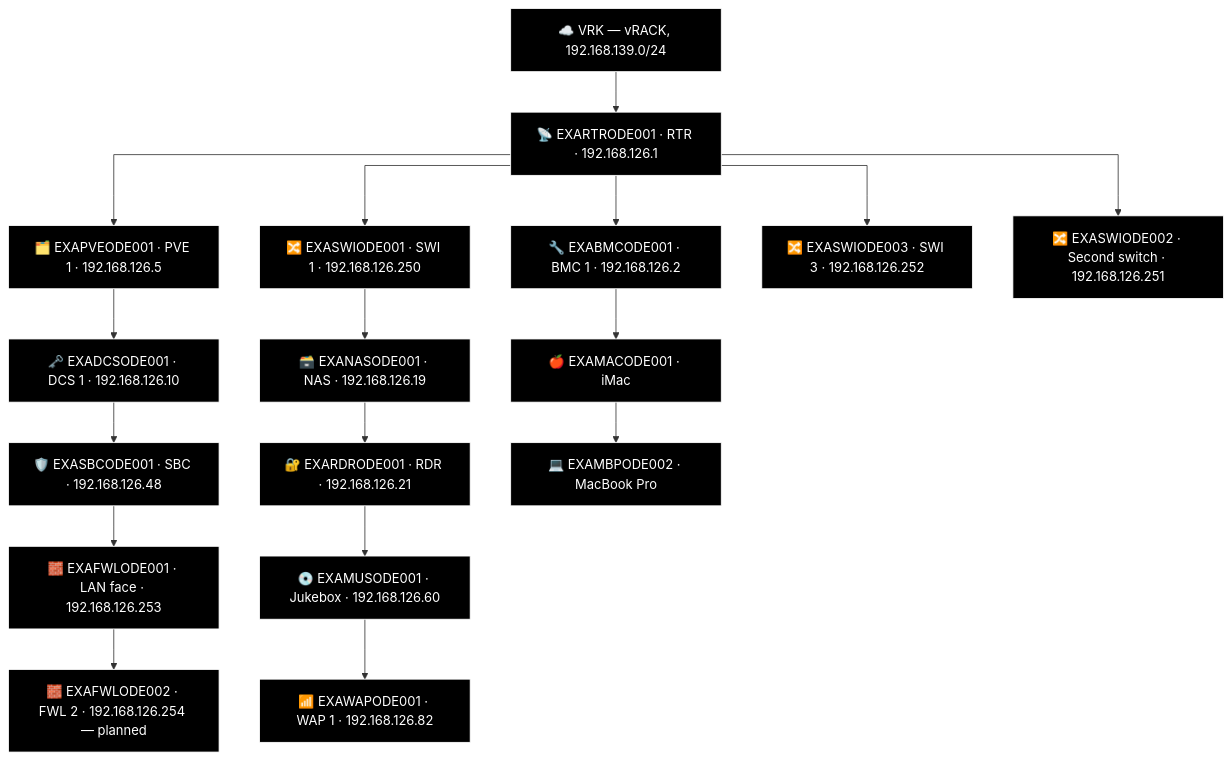
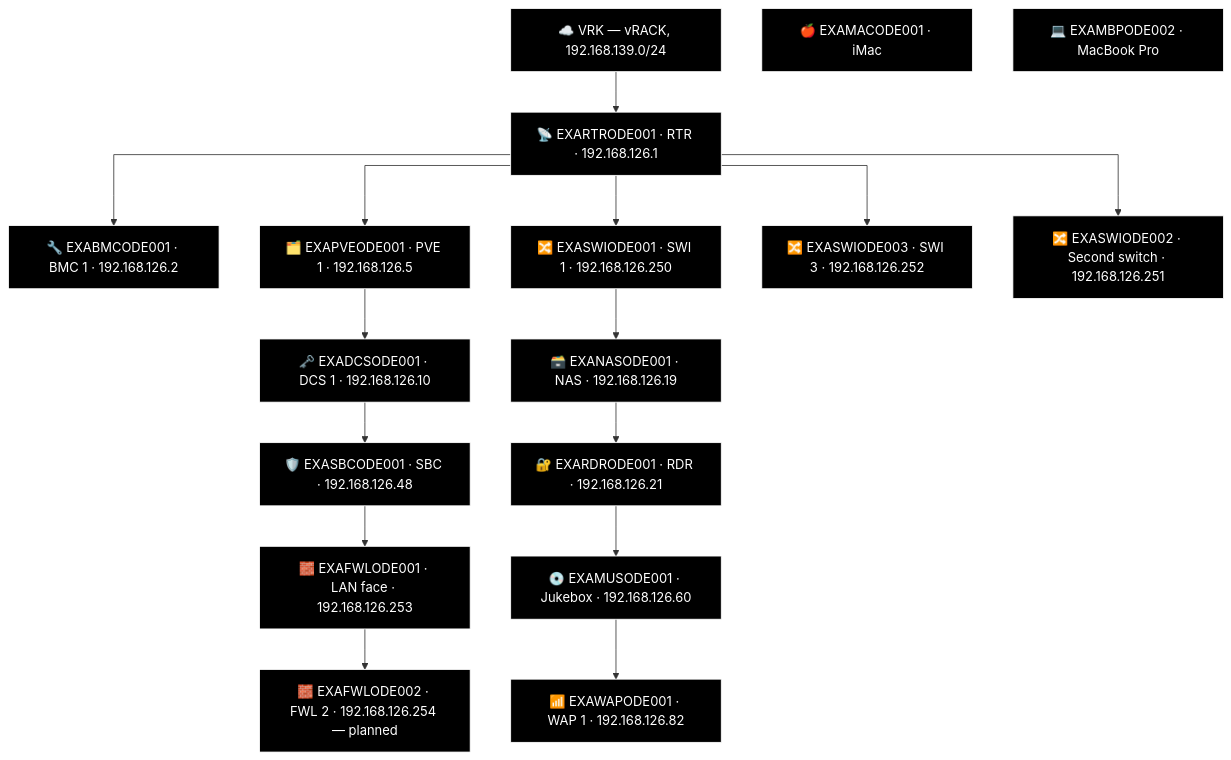
The fourth of 18 diagrams in docs/network-diagram/danmark.md (knightmare2600/example_music_infra), drawn with Mermaid before and after one commit. The commit also changed other lines of this file and 8 other files, not shown here.

First line of the commit message:
generate_network_diagrams.py: port FAL's two-column "Other" bucket into the generator

````diff
--- a/docs/network-diagram/danmark.md
+++ b/docs/network-diagram/danmark.md
@@ -150,49 +149,48 @@
 ```mermaid
 %% GENERATED:TOPOLOGY:ODE:START
 %%{init: {'flowchart': {'curve': 'stepAfter'}}}%%
 graph TD
     T_VRK["☁️ VRK — vRACK, 192.168.139.0/24"]
     T_RTR["📡 EXARTRODE001 · RTR · 192.168.126.1"]
     T_VRK --> T_RTR
     T_BMC["🔧 EXABMCODE001 · BMC 1 · 192.168.126.2"]
     T_RTR --> T_BMC
     T_PVE["🗂️ EXAPVEODE001 · PVE 1 · 192.168.126.5"]
     T_RTR --> T_PVE
     T_SWI["🔀 EXASWIODE001 · SWI 1 · 192.168.126.250"]
     T_RTR --> T_SWI
     T_SWI2["🔀 EXASWIODE003 · SWI 3 · 192.168.126.252"]
     T_RTR --> T_SWI2
     T_SWI3["🔀 EXASWIODE002 · Second switch · 192.168.126.251"]
     T_RTR --> T_SWI3
     T_NAS["🗃️ EXANASODE001 · NAS · 192.168.126.19"]
     T_RDR["🔐 EXARDRODE001 · RDR · 192.168.126.21"]
     T_MUS["💿 EXAMUSODE001 · Jukebox · 192.168.126.60"]
     T_WAP["📶 EXAWAPODE001 · WAP 1 · 192.168.126.82"]
     T_SWI --> T_NAS --> T_RDR --> T_MUS --> T_WAP
     T_DCS["🗝️ EXADCSODE001 · DCS 1 · 192.168.126.10"]
     T_SBC["🛡️ EXASBCODE001 · SBC · 192.168.126.48"]
     T_FWL["🧱 EXAFWLODE001 · LAN face · 192.168.126.253"]
     T_FWL2["🧱 EXAFWLODE002 · FWL 2 · 192.168.126.254 — planned"]
     T_PVE --> T_DCS --> T_SBC --> T_FWL --> T_FWL2
     T_MAC["🍎 EXAMACODE001 · iMac"]
     T_MBP["💻 EXAMBPODE002 · MacBook Pro"]
-    T_BMC --> T_MAC --> T_MBP
     style T_VRK fill:#000000,stroke:#FFFFFF,color:#FFFFFF
     style T_RTR fill:#000000,stroke:#FFFFFF,color:#FFFFFF
     style T_BMC fill:#000000,stroke:#FFFFFF,color:#FFFFFF
     style T_PVE fill:#000000,stroke:#FFFFFF,color:#FFFFFF
     style T_SWI fill:#000000,stroke:#FFFFFF,color:#FFFFFF
     style T_SWI2 fill:#000000,stroke:#FFFFFF,color:#FFFFFF
     style T_SWI3 fill:#000000,stroke:#FFFFFF,color:#FFFFFF
     style T_NAS fill:#000000,stroke:#FFFFFF,color:#FFFFFF
     style T_RDR fill:#000000,stroke:#FFFFFF,color:#FFFFFF
     style T_MUS fill:#000000,stroke:#FFFFFF,color:#FFFFFF
     style T_WAP fill:#000000,stroke:#FFFFFF,color:#FFFFFF
     style T_DCS fill:#000000,stroke:#FFFFFF,color:#FFFFFF
     style T_SBC fill:#000000,stroke:#FFFFFF,color:#FFFFFF
     style T_FWL fill:#000000,stroke:#FFFFFF,color:#FFFFFF
     style T_FWL2 fill:#000000,stroke:#FFFFFF,color:#FFFFFF
     style T_MAC fill:#000000,stroke:#FFFFFF,color:#FFFFFF
     style T_MBP fill:#000000,stroke:#FFFFFF,color:#FFFFFF
 %% GENERATED:TOPOLOGY:ODE:END
 ```
````
